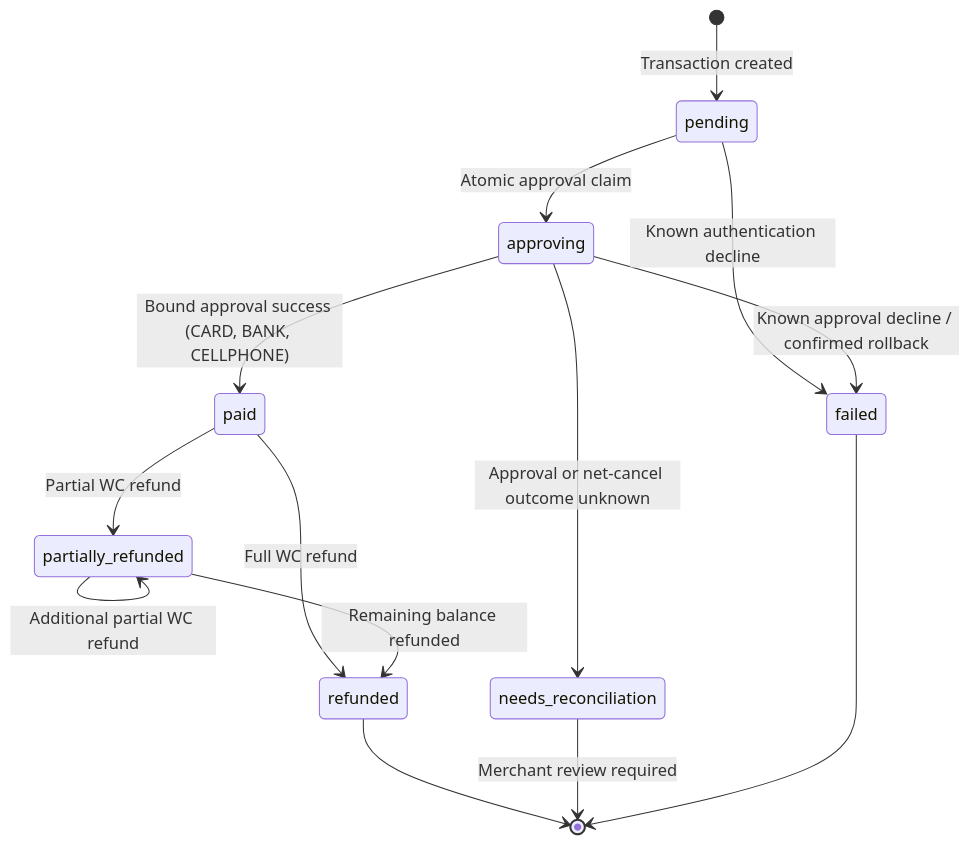
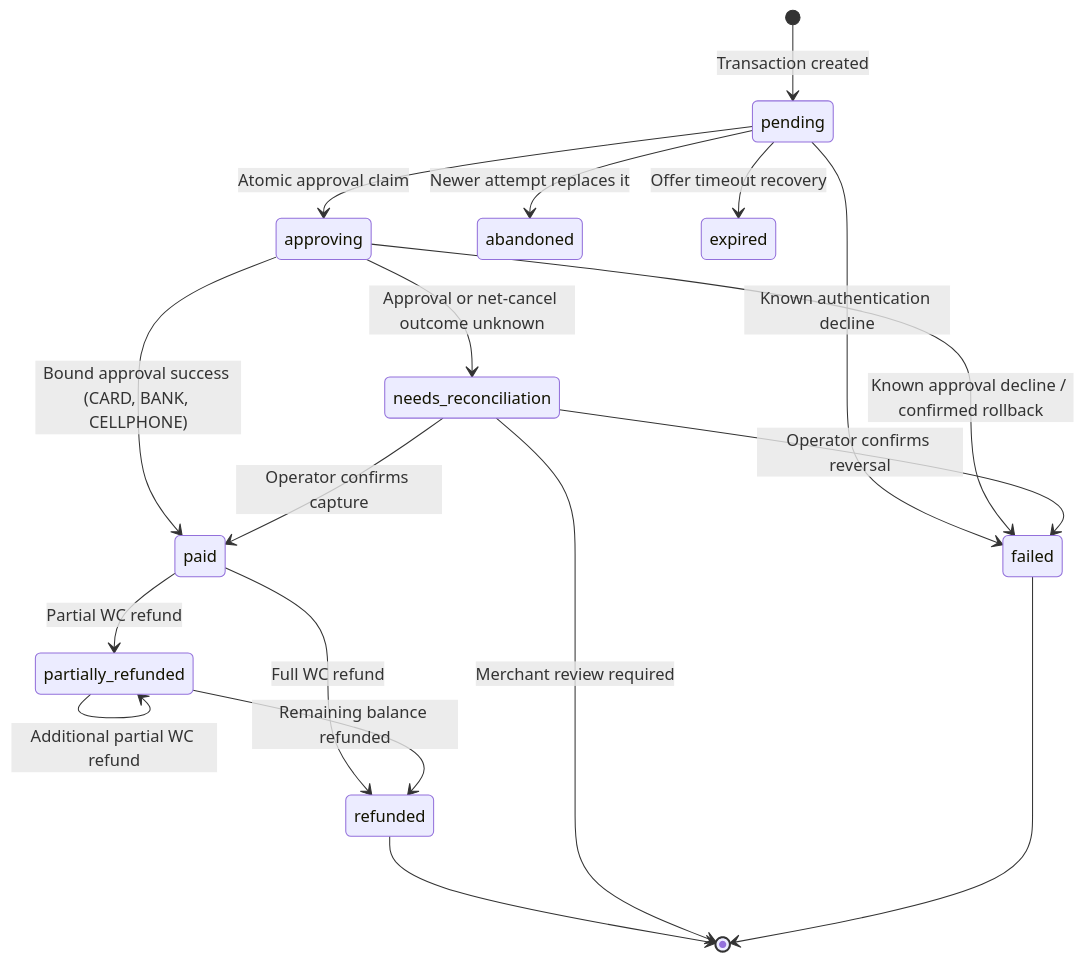
The eighth of 9 diagrams in docs/ARCHITECTURE.md (cemililik/nicepay-paymentgateway-wordpress-plugin), drawn with Mermaid before and after one commit. The commit also changed other lines of this file and 110 other files, not shown here.

````diff
--- a/docs/ARCHITECTURE.md
+++ b/docs/ARCHITECTURE.md
@@ -344,16 +367,20 @@
 ```mermaid
 stateDiagram-v2
     [*] --> pending : Transaction created
     pending --> approving : Atomic approval claim
+    pending --> abandoned : Newer attempt replaces it
+    pending --> expired : Offer timeout recovery
     approving --> paid : Bound approval success (CARD, BANK, CELLPHONE)
     pending --> failed : Known authentication decline
     approving --> failed : Known approval decline / confirmed rollback
     approving --> needs_reconciliation : Approval or net-cancel outcome unknown
     paid --> partially_refunded : Partial WC refund
     partially_refunded --> partially_refunded : Additional partial WC refund
     paid --> refunded : Full WC refund
     partially_refunded --> refunded : Remaining balance refunded
+    needs_reconciliation --> failed : Operator confirms reversal
+    needs_reconciliation --> paid : Operator confirms capture
     refunded --> [*]
     needs_reconciliation --> [*] : Merchant review required
     failed --> [*]
 ```
````
